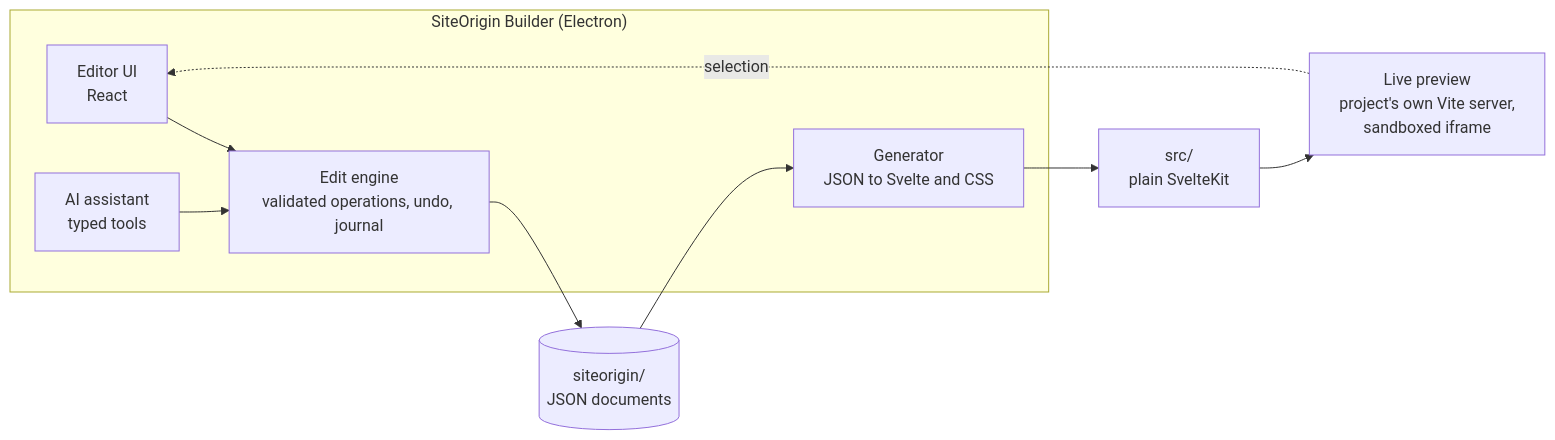
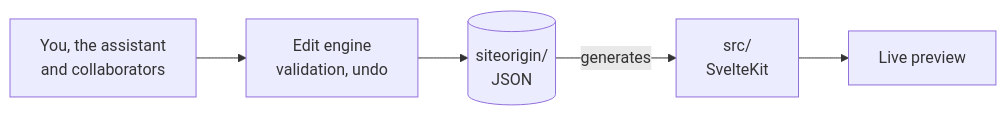
One commit to siteorigin/builder changed the diagram in README.md. Above: the diagram before and after it, drawn with Mermaid. The commit also changed other lines of this file and 15 other files, not shown here.

````diff
--- a/README.md
+++ b/README.md
@@ -148,20 +241,7 @@
 ```mermaid
 flowchart LR
-  subgraph App["SiteOrigin Builder (Electron)"]
-    UI["Editor UI<br/>React"]
-    Agent["AI assistant<br/>typed tools"]
-    Engine["Edit engine<br/>validated operations, undo, journal"]
-    Gen["Generator<br/>JSON to Svelte and CSS"]
-  end
-  Docs[("siteorigin/<br/>JSON documents")]
-  Src["src/<br/>plain SvelteKit"]
-  Preview["Live preview<br/>project's own Vite server,<br/>sandboxed iframe"]
-
-  UI --> Engine
-  Agent --> Engine
-  Engine --> Docs
-  Docs --> Gen
-  Gen --> Src
-  Src --> Preview
-  Preview -. selection .-> UI
+  Edits["You, the assistant<br/>and collaborators"] --> Engine["Edit engine<br/>validation, undo"]
+  Engine --> Docs[("siteorigin/<br/>JSON")]
+  Docs -->|generates| Src["src/<br/>SvelteKit"]
+  Src --> Preview["Live preview"]
 ```
````
